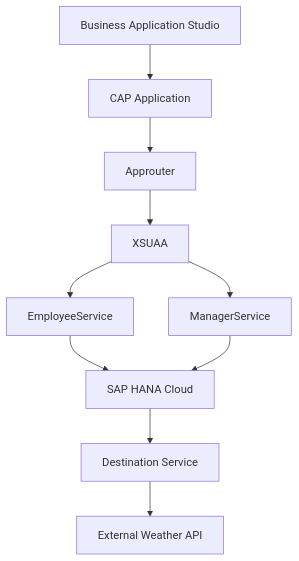
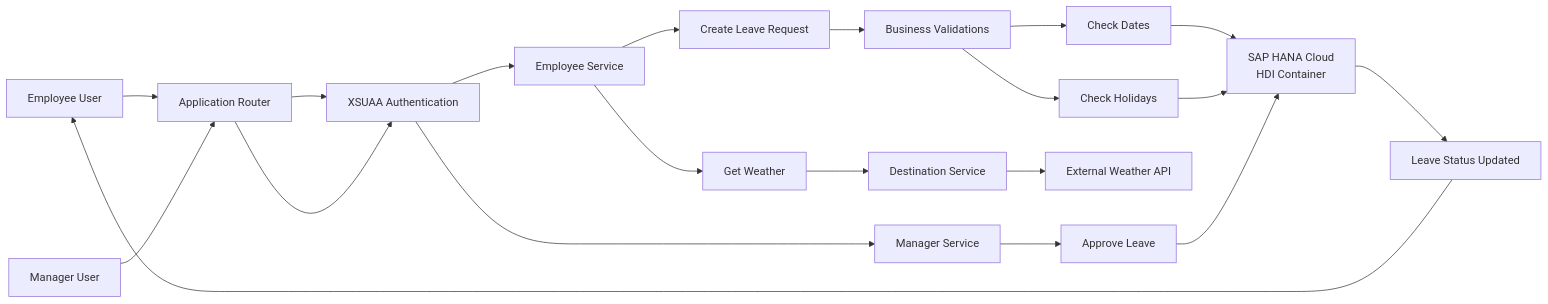
The diagram in readme.md (SushantIndi/Leave-Management-App-SAP), drawn with Mermaid before and after one commit.

````diff
--- a/readme.md
+++ b/readme.md
@@ -52,29 +52,42 @@
 ```mermaid
-flowchart TD
+flowchart LR
 
-    BAS[Business Application Studio]
-    CAP[CAP Application]
-    AR[Approuter]
-    XSUAA[XSUAA]
+    U[Employee User]
 
-    BAS --> CAP
-    CAP --> AR
+    U --> AR[Application Router]
+
+    AR --> XSUAA[XSUAA Authentication]
+
+    XSUAA --> ES[Employee Service]
+
+    ES --> LR[Create Leave Request]
+
+    LR --> V[Business Validations]
+
+    V --> H1[Check Dates]
+    V --> H2[Check Holidays]
+
+    H1 --> HANA[SAP HANA Cloud<br/>HDI Container]
+    H2 --> HANA
+
+    ES --> W[Get Weather]
+
+    W --> DEST[Destination Service]
+    DEST --> API[External Weather API]
+
+    M[Manager User]
+
+    M --> AR
+
     AR --> XSUAA
 
-    EMP[EmployeeService]
-    MGR[ManagerService]
+    XSUAA --> MS[Manager Service]
 
-    XSUAA --> EMP
-    XSUAA --> MGR
+    MS --> A[Approve Leave]
 
-    HANA[SAP HANA Cloud]
+    A --> HANA
 
-    EMP --> HANA
-    MGR --> HANA
+    HANA --> STATUS[Leave Status Updated]
 
-    DEST[Destination Service]
-    API[External Weather API]
-
-    HANA --> DEST
-    DEST --> API
+    STATUS --> U
 ```
````
